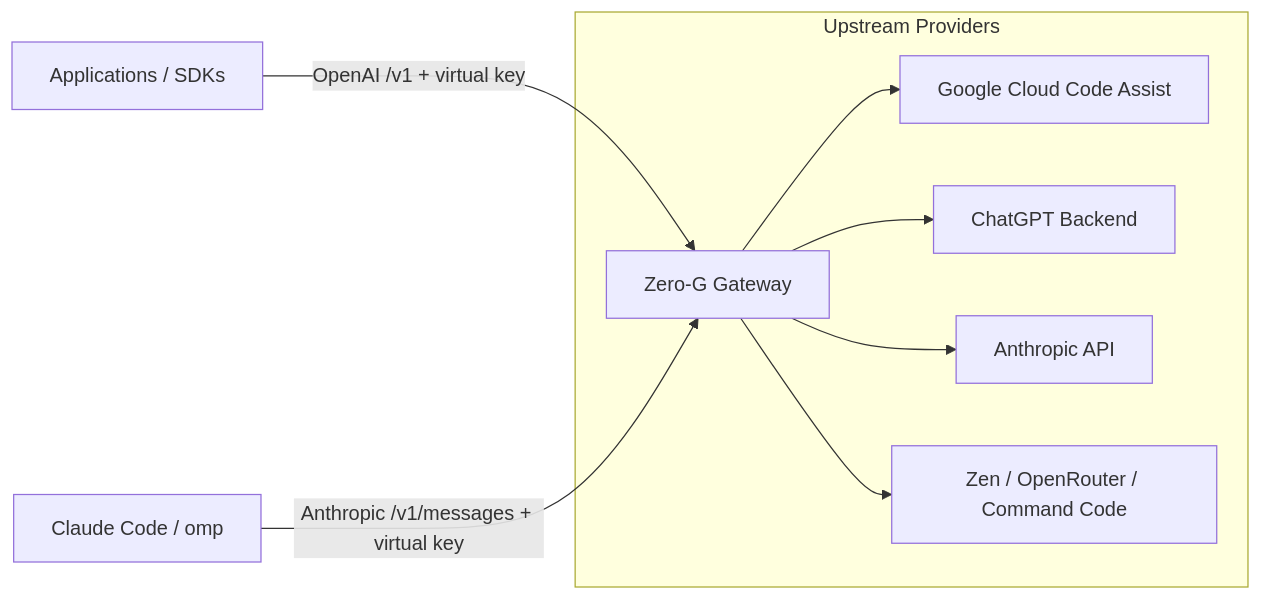
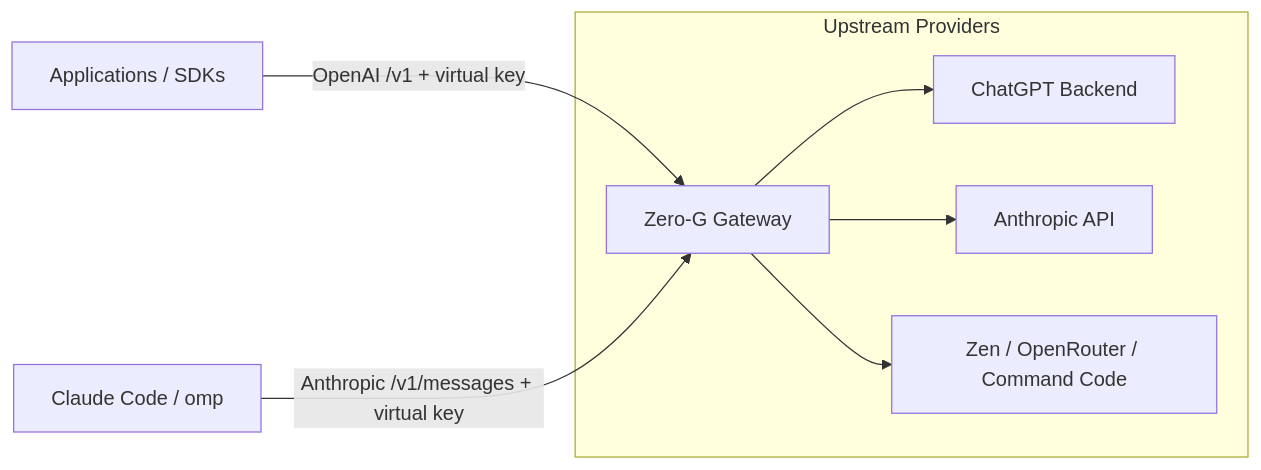
The diagram in docs/gateways.md (Delnegend/zero-g), drawn with Mermaid before and after one commit. The commit also changed other lines of this file and 60 other files, not shown here.

````diff
--- a/docs/gateways.md
+++ b/docs/gateways.md
@@ -9,12 +9,11 @@
 ```mermaid
 flowchart LR
     Apps[Applications / SDKs] -->|OpenAI /v1 + virtual key| ZeroG[Zero-G Gateway]
     Agents[Claude Code / omp] -->|Anthropic /v1/messages + virtual key| ZeroG
 
     subgraph Upstreams [Upstream Providers]
-        ZeroG --> AGY[Google Cloud Code Assist]
         ZeroG --> Codex[ChatGPT Backend]
         ZeroG --> Claude[Anthropic API]
         ZeroG --> Others[Zen / OpenRouter / Command Code]
     end
 ```
````
